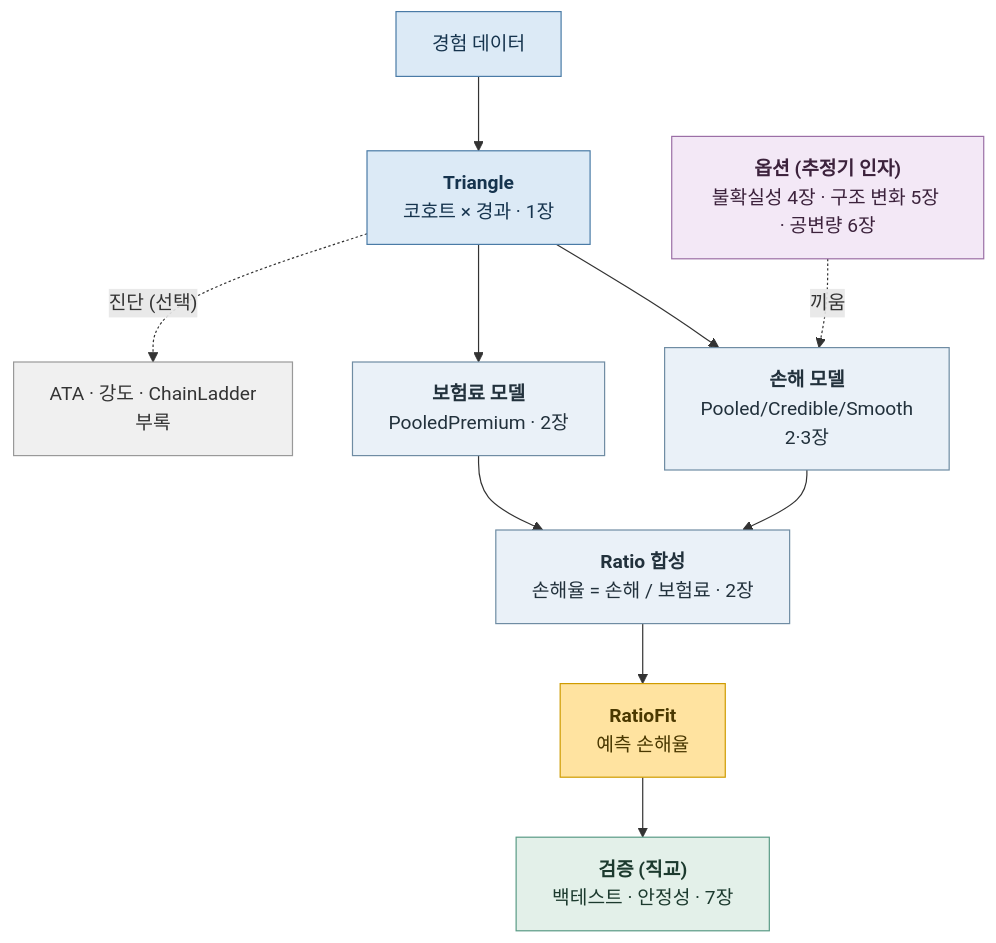
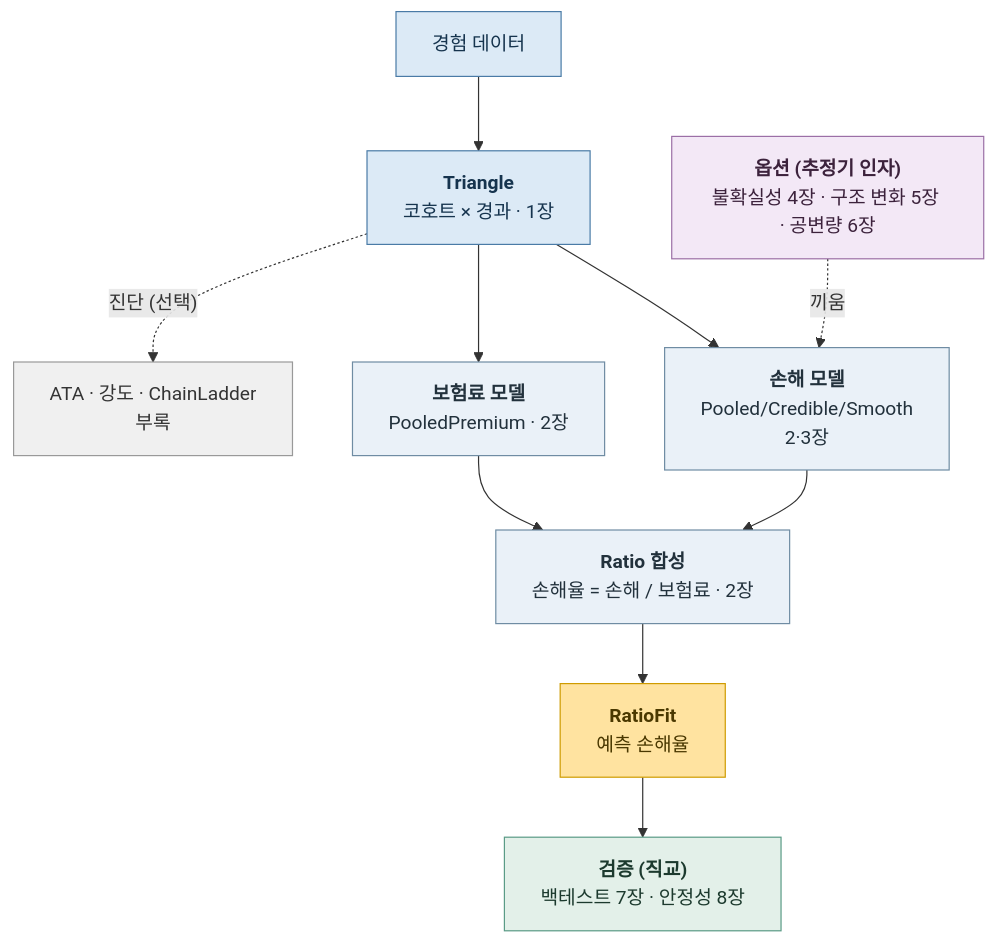
The diagram in docs/tutorial/index.md (seokhoonj/lossratio), drawn with Mermaid before and after one commit. The commit also changed other lines of this file and 5 other files, not shown here.

````diff
--- a/docs/tutorial/index.md
+++ b/docs/tutorial/index.md
@@ -35,24 +35,24 @@
 ```{mermaid}
 flowchart TB
   A["경험 데이터"] --> T["<b>Triangle</b><br/>코호트 × 경과 · 1장"]
   T --> LM["<b>손해 모델</b><br/>Pooled/Credible/Smooth<br/>2·3장"]
   T --> PM["<b>보험료 모델</b><br/>PooledPremium · 2장"]
   LM --> R["<b>Ratio 합성</b><br/>손해율 = 손해 / 보험료 · 2장"]
   PM --> R
   R --> RF["<b>RatioFit</b><br/>예측 손해율"]
   OPT["<b>옵션 (추정기 인자)</b><br/>불확실성 4장 · 구조 변화 5장 · 공변량 6장"] -. 끼움 .-> LM
   T -. 진단 (선택) .-> DIAG["ATA · 강도 · ChainLadder<br/>부록"]
-  RF --> V["<b>검증 (직교)</b><br/>백테스트 · 안정성 · 7장"]
+  RF --> V["<b>검증 (직교)</b><br/>백테스트 7장 · 안정성 8장"]
   classDef data fill:#dceaf6,stroke:#4a7ba6,color:#16344e
   classDef model fill:#eaf1f8,stroke:#6f8ca3,color:#22313c
   classDef result fill:#ffe3a0,stroke:#cf9b00,color:#4a3800
   classDef opt fill:#f3e8f6,stroke:#9b6fa6,color:#3c223c
   classDef validate fill:#e3f0e9,stroke:#5a9b86,color:#1c3a2e
   classDef aux fill:#f0f0f0,stroke:#999,color:#333
   class A,T data
   class LM,PM,R model
   class RF result
   class OPT opt
   class V validate
   class DIAG aux
 ```
````
